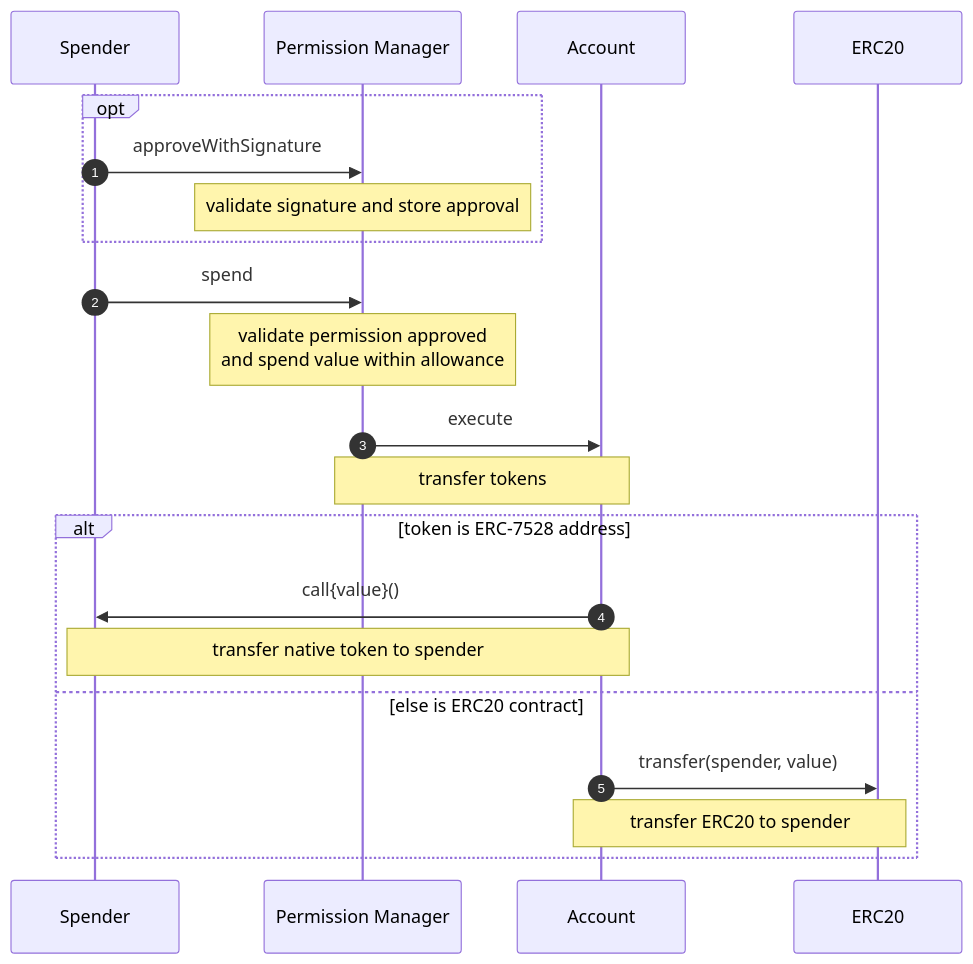
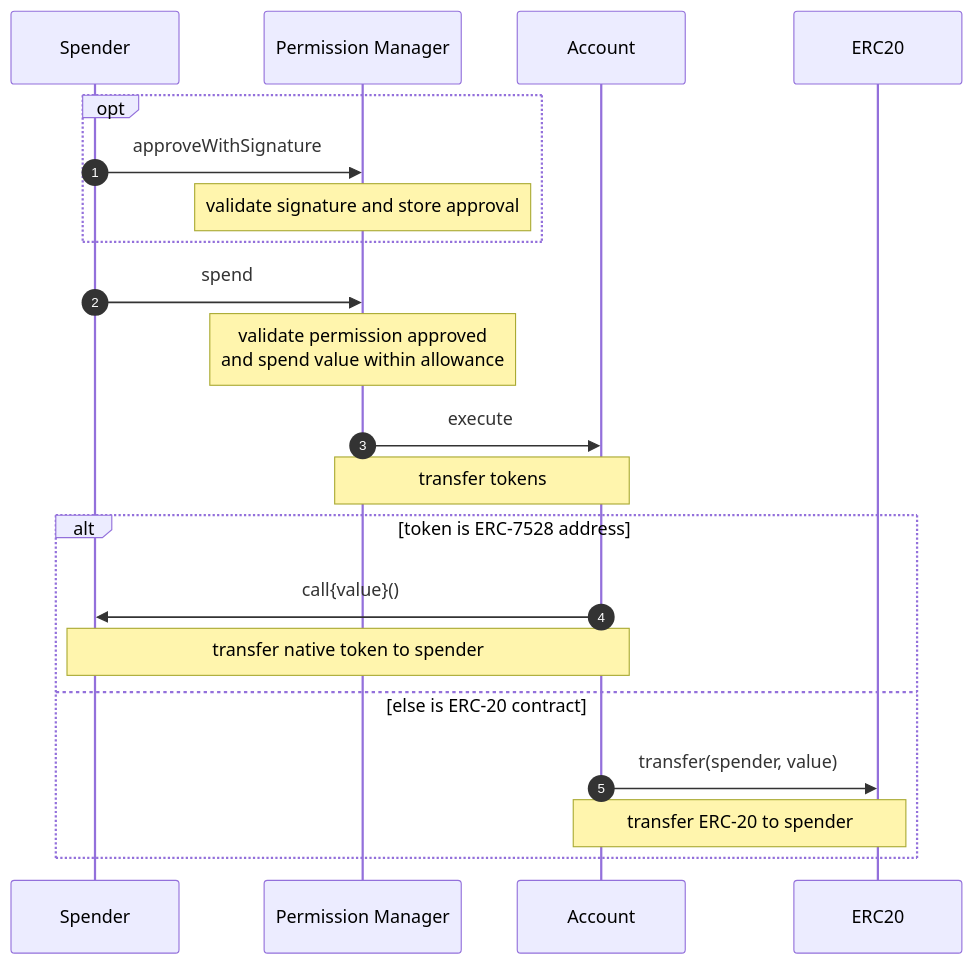
The diagram in docs/diagrams/spend.md (coinbase/spend-permissions), drawn with Mermaid before and after one commit. The commit also changed 3 other files, not shown here.

````diff
--- a/docs/diagrams/spend.md
+++ b/docs/diagrams/spend.md
@@ -9,24 +9,24 @@
 ```mermaid
 sequenceDiagram
     autonumber
     participant S as Spender
     participant PM as Permission Manager
     participant A as Account
     participant ERC20
 
     opt
         S->>PM: approveWithSignature
     Note over PM: validate signature and store approval
     end
     S->>PM: spend
     Note over PM: validate permission approved <br> and spend value within allowance
     PM->>A: execute
     Note over PM,A: transfer tokens
     alt token is ERC-7528 address
         A->>S: call{value}()
         Note over A,S: transfer native token to spender
-    else else is ERC20 contract
+    else else is ERC-20 contract
         A->>ERC20: transfer(spender, value)
-        Note over A,ERC20: transfer ERC20 to spender
+        Note over A,ERC20: transfer ERC-20 to spender
     end
 ```
````
